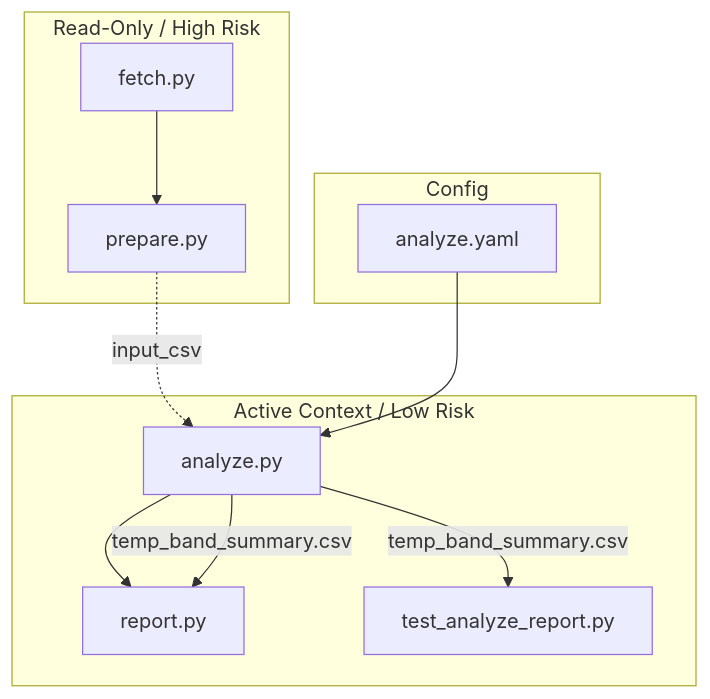
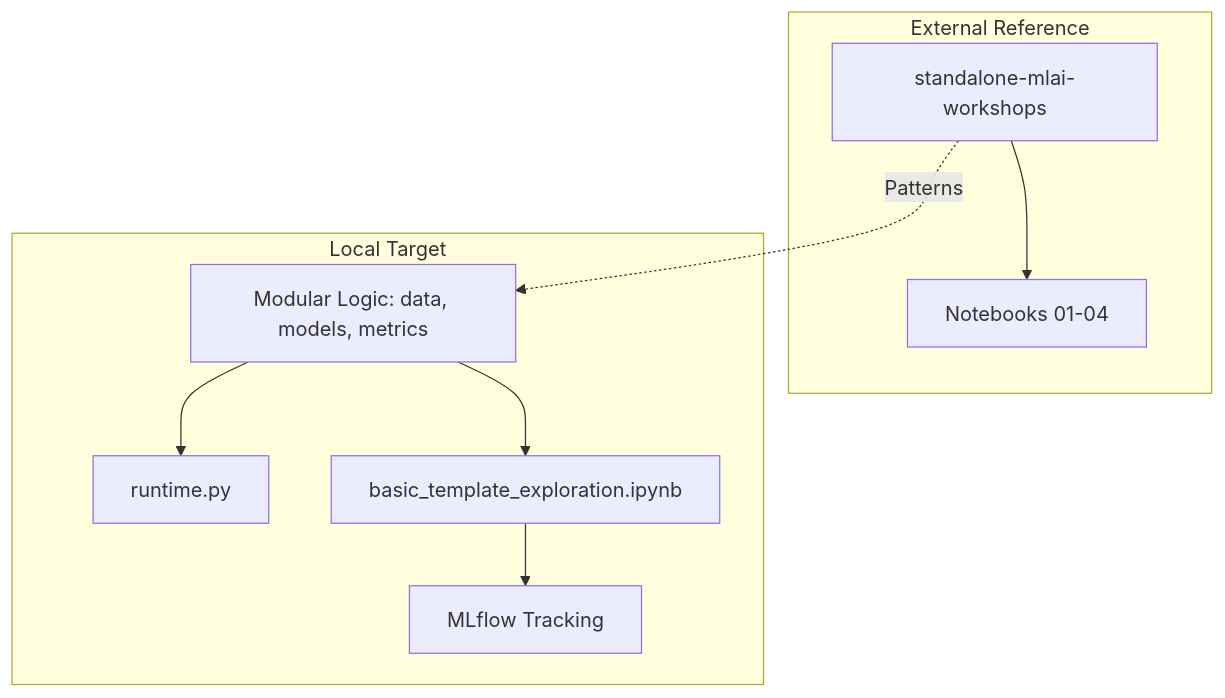
Before and after one commit to acidsafari/research-template-basic: the diagram in agents/SESSION_CONTEXT.md, drawn with Mermaid. The commit also changed other lines of this file, not shown here.

Commit message:
docs: update SESSION_CONTEXT.md with template enhancement details

````diff
--- a/agents/SESSION_CONTEXT.md
+++ b/agents/SESSION_CONTEXT.md
@@ -8,20 +8,14 @@
 ```mermaid
 graph TD
-    subgraph Upstream [Read-Only / High Risk]
-        F[fetch.py] --> P[prepare.py]
+    subgraph MLAI_Workshop [External Reference]
+        WS[standalone-mlai-workshops] --> NB[Notebooks 01-04]
     end
 
-    subgraph Downstream [Active Context / Low Risk]
-        A[analyze.py] --> R[report.py]
-        TS[test_analyze_report.py]
+    subgraph Template_Basic [Local Target]
+        MD[Modular Logic: data, models, metrics] --> RT[runtime.py]
+        MD --> ON[basic_template_exploration.ipynb]
+        ON --> ML[MLflow Tracking]
     end
 
-    subgraph Config
-        AC[analyze.yaml]
-    end
-
-    P -.->|input_csv| A
-    A -->|temp_band_summary.csv| R
-    A -->|temp_band_summary.csv| TS
-    AC --> A
+    WS -.->|Patterns| MD
 ```
````
